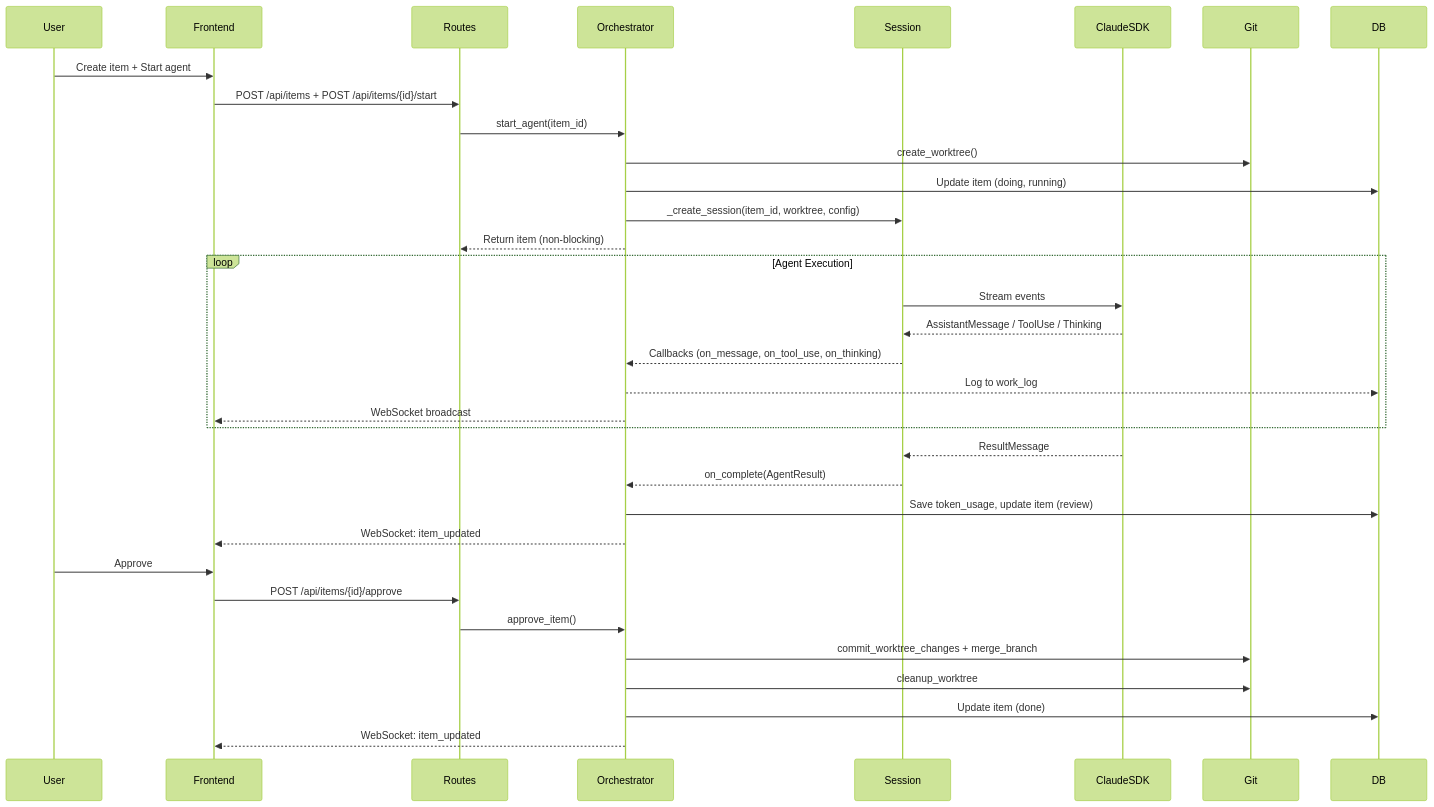
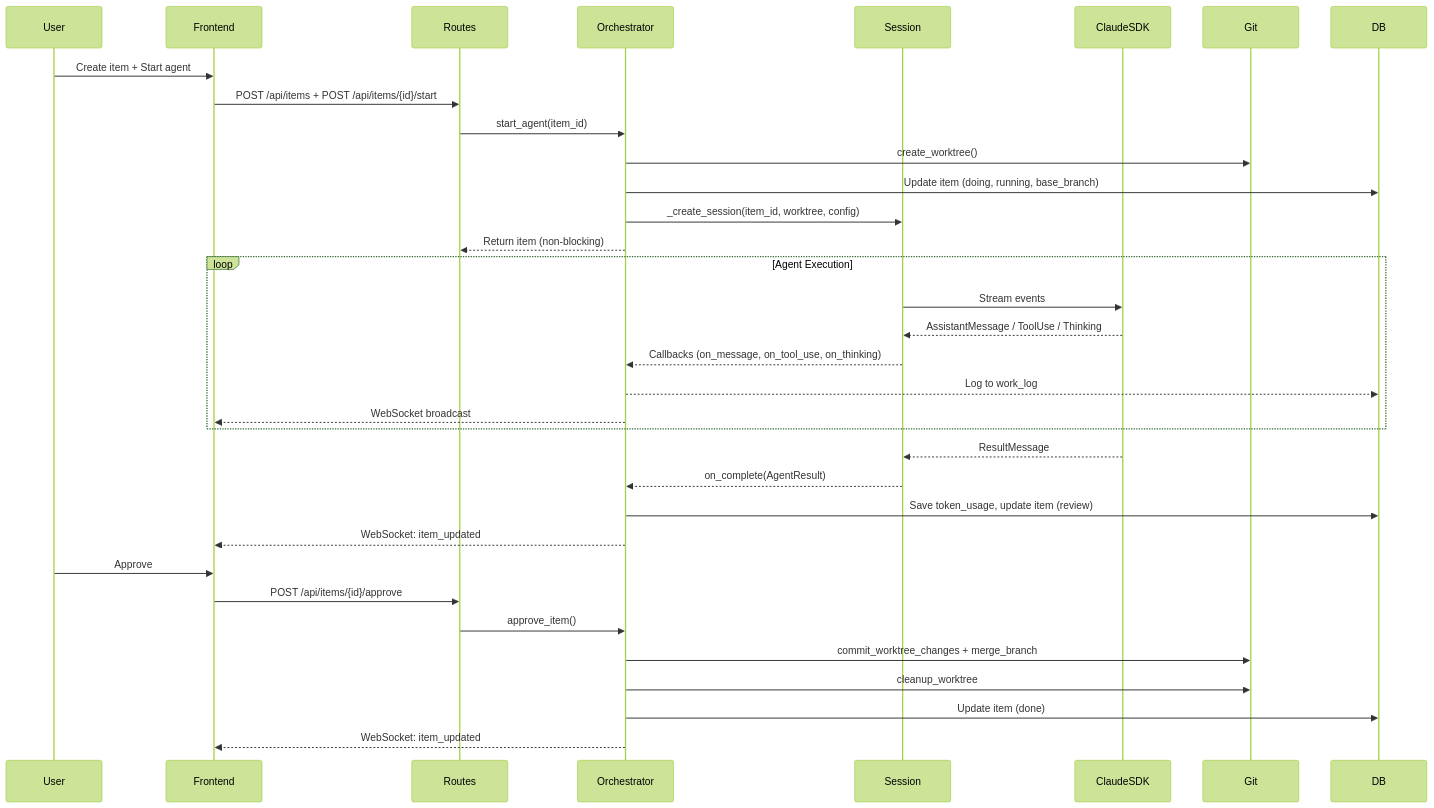
One commit to epatel/claude-agents-dashboard changed the second of 4 diagrams in ASSESSMENT_CODE.md. Above: the diagram before and after it, drawn with Mermaid (forest theme). The commit also changed other lines of this file and 2 other files, not shown here.

Commit message:
Update assessment, README, and CLAUDE.md for WebSocket rate limiting, git timeouts, base branch tracking, and 78 tests

````diff
--- a/ASSESSMENT_CODE.md
+++ b/ASSESSMENT_CODE.md
@@ -128,40 +131,40 @@
 ```mermaid
 sequenceDiagram
     participant User
     participant Frontend
     participant Routes
     participant Orchestrator
     participant Session
     participant ClaudeSDK
     participant Git
     participant DB
 
     User->>Frontend: Create item + Start agent
     Frontend->>Routes: POST /api/items + POST /api/items/{id}/start
     Routes->>Orchestrator: start_agent(item_id)
     Orchestrator->>Git: create_worktree()
-    Orchestrator->>DB: Update item (doing, running)
+    Orchestrator->>DB: Update item (doing, running, base_branch)
     Orchestrator->>Session: _create_session(item_id, worktree, config)
     Orchestrator-->>Routes: Return item (non-blocking)
 
     loop Agent Execution
         Session->>ClaudeSDK: Stream events
         ClaudeSDK-->>Session: AssistantMessage / ToolUse / Thinking
         Session-->>Orchestrator: Callbacks (on_message, on_tool_use, on_thinking)
         Orchestrator-->>DB: Log to work_log
         Orchestrator-->>Frontend: WebSocket broadcast
     end
 
     ClaudeSDK-->>Session: ResultMessage
     Session-->>Orchestrator: on_complete(AgentResult)
     Orchestrator->>DB: Save token_usage, update item (review)
     Orchestrator-->>Frontend: WebSocket: item_updated
 
     User->>Frontend: Approve
     Frontend->>Routes: POST /api/items/{id}/approve
     Routes->>Orchestrator: approve_item()
     Orchestrator->>Git: commit_worktree_changes + merge_branch
     Orchestrator->>Git: cleanup_worktree
     Orchestrator->>DB: Update item (done)
     Orchestrator-->>Frontend: WebSocket: item_updated
 ```
````
